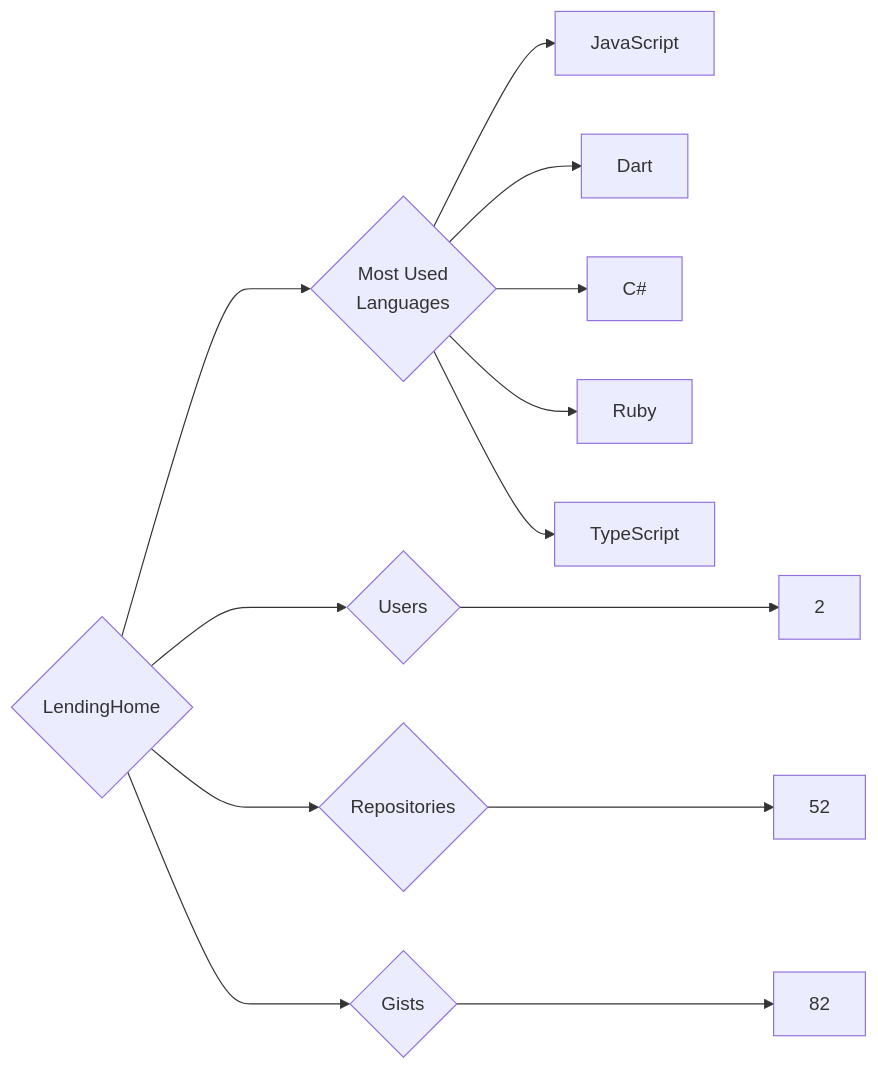
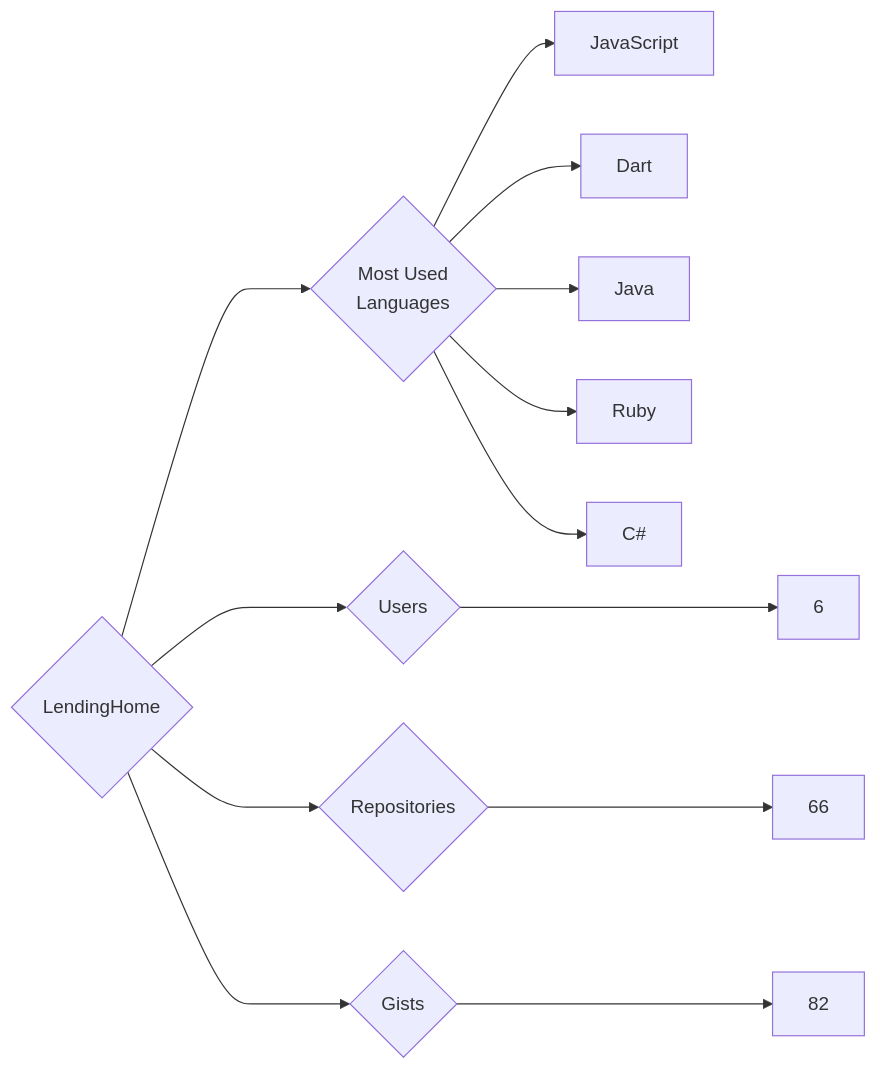
One commit to trickest/insiders changed the diagram in targets/LendingHome/README.md. Above: the diagram before and after it, drawn with Mermaid. The commit also changed 688 other files, not shown here.

````diff
--- a/targets/LendingHome/README.md
+++ b/targets/LendingHome/README.md
@@ -3,13 +3,13 @@
 ```mermaid
 graph LR
 COMPANY_NAME{LendingHome}
-COMPANY_NAME ---> U{Users} ---> UN[2]
-COMPANY_NAME ---> R{Repositories} ---> RN[52]
+COMPANY_NAME ---> U{Users} ---> UN[6]
+COMPANY_NAME ---> R{Repositories} ---> RN[66]
 COMPANY_NAME ---> G{Gists} ---> GN[82]
 COMPANY_NAME ---> ML{Most Used<br>Languages}
 ML --> JavaScript[JavaScript]
 ML --> Dart[Dart]
+ML --> Java[Java]
+ML --> Ruby[Ruby]
 ML --> C#[C#]
-ML --> Ruby[Ruby]
-ML --> TypeScript[TypeScript]
 ```
````
